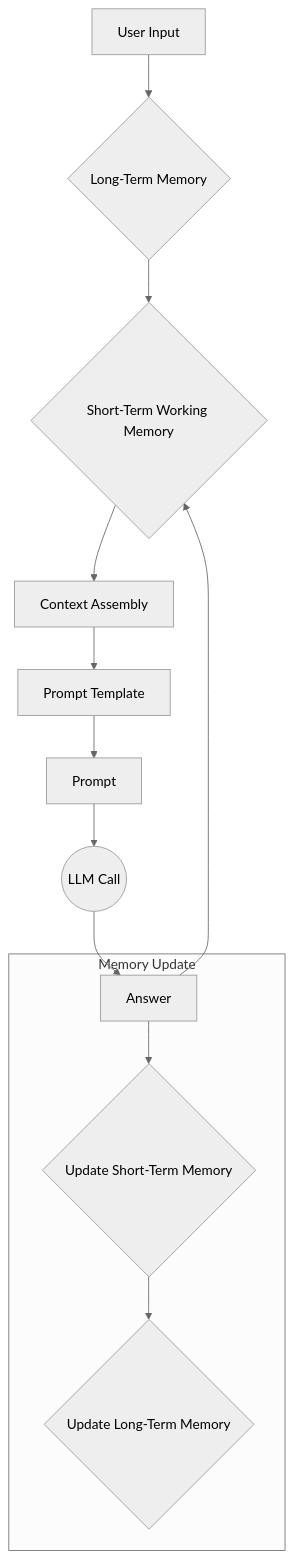
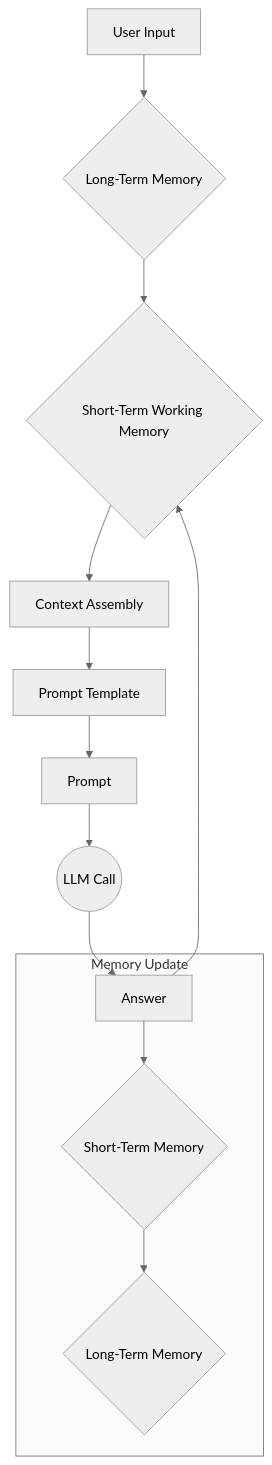
The second of 5 diagrams in lessons/03_context_engineering/article.md (shoaibkhanz/agentic-ai-engineering-course), drawn with Mermaid (neutral theme) before and after one commit.

Commit message:
feat: Generate L3

````diff
--- a/lessons/03_context_engineering/article.md
+++ b/lessons/03_context_engineering/article.md
@@ -69,15 +69,15 @@
 ```mermaid
 graph TD
     A[User Input] --> B{Long-Term Memory};
     B --> C{Short-Term Working Memory};
     C --> D[Context Assembly];
     D --> E[Prompt Template];
     E --> F[Prompt];
     F --> G((LLM Call));
     G --> H[Answer];
     H --> C;
     subgraph Memory Update
-        H --> I{Update Short-Term Memory};
-        I --> J{Update Long-Term Memory};
+        H --> I{Short-Term Memory};
+        I --> J{Long-Term Memory};
     end
 ```
````
